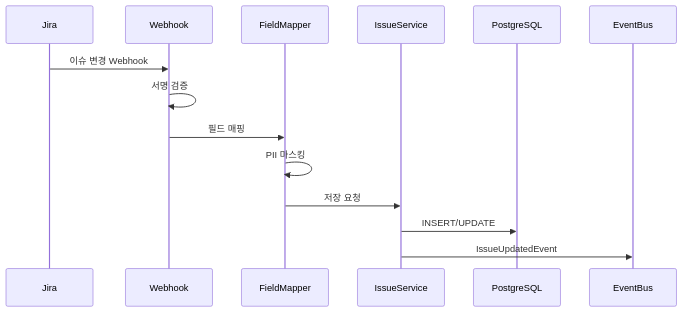
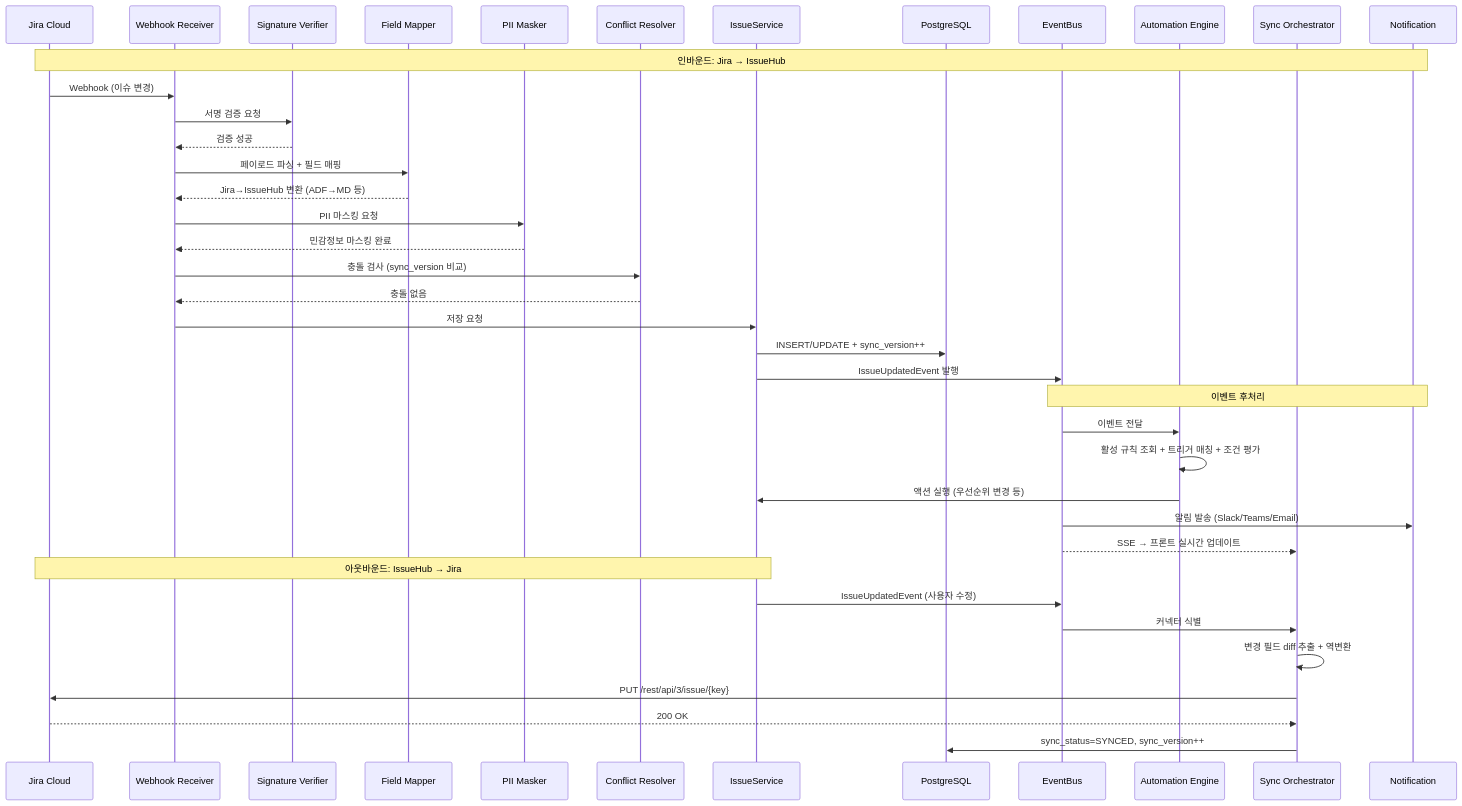
One commit to lian220/issue-hub changed the second of 4 diagrams in docs/diagrams/data-flow.md. Above: the diagram before and after it, drawn with Mermaid. The commit also changed other lines of this file and 1 other file, not shown here.

````diff
--- a/docs/diagrams/data-flow.md
+++ b/docs/diagrams/data-flow.md
@@ -130,18 +138,44 @@
 ```mermaid
-%%{init: {'theme': 'default', 'themeVariables': {'fontSize': '18px', 'fontFamily': 'arial'}, 'sequence': {'actorFontSize': 18, 'messageFontSize': 16, 'noteFontSize': 16}}}%%
 sequenceDiagram
-    participant J as Jira
-    participant WH as Webhook
-    participant FM as FieldMapper
+    participant J as Jira Cloud
+    participant WH as Webhook Receiver
+    participant SV as Signature Verifier
+    participant FM as Field Mapper
+    participant PM as PII Masker
+    participant CR as Conflict Resolver
     participant IS as IssueService
     participant DB as PostgreSQL
     participant EB as EventBus
+    participant AE as Automation Engine
+    participant SO as Sync Orchestrator
+    participant NT as Notification
 
-    J->>WH: 이슈 변경 Webhook
-    WH->>WH: 서명 검증
-    WH->>FM: 필드 매핑
-    FM->>FM: PII 마스킹
-    FM->>IS: 저장 요청
-    IS->>DB: INSERT/UPDATE
-    IS->>EB: IssueUpdatedEvent
+    Note over J,NT: 인바운드: Jira → IssueHub
+    J->>WH: Webhook (이슈 변경)
+    WH->>SV: 서명 검증 요청
+    SV-->>WH: 검증 성공
+    WH->>FM: 페이로드 파싱 + 필드 매핑
+    FM-->>WH: Jira→IssueHub 변환 (ADF→MD 등)
+    WH->>PM: PII 마스킹 요청
+    PM-->>WH: 민감정보 마스킹 완료
+    WH->>CR: 충돌 검사 (sync_version 비교)
+    CR-->>WH: 충돌 없음
+    WH->>IS: 저장 요청
+    IS->>DB: INSERT/UPDATE + sync_version++
+    IS->>EB: IssueUpdatedEvent 발행
+
+    Note over EB,NT: 이벤트 후처리
+    EB->>AE: 이벤트 전달
+    AE->>AE: 활성 규칙 조회 + 트리거 매칭 + 조건 평가
+    AE->>IS: 액션 실행 (우선순위 변경 등)
+    EB->>NT: 알림 발송 (Slack/Teams/Email)
+    EB-->>SO: SSE → 프론트 실시간 업데이트
+
+    Note over IS,J: 아웃바운드: IssueHub → Jira
+    IS->>EB: IssueUpdatedEvent (사용자 수정)
+    EB->>SO: 커넥터 식별
+    SO->>SO: 변경 필드 diff 추출 + 역변환
+    SO->>J: PUT /rest/api/3/issue/{key}
+    J-->>SO: 200 OK
+    SO->>DB: sync_status=SYNCED, sync_version++
 ```
````
